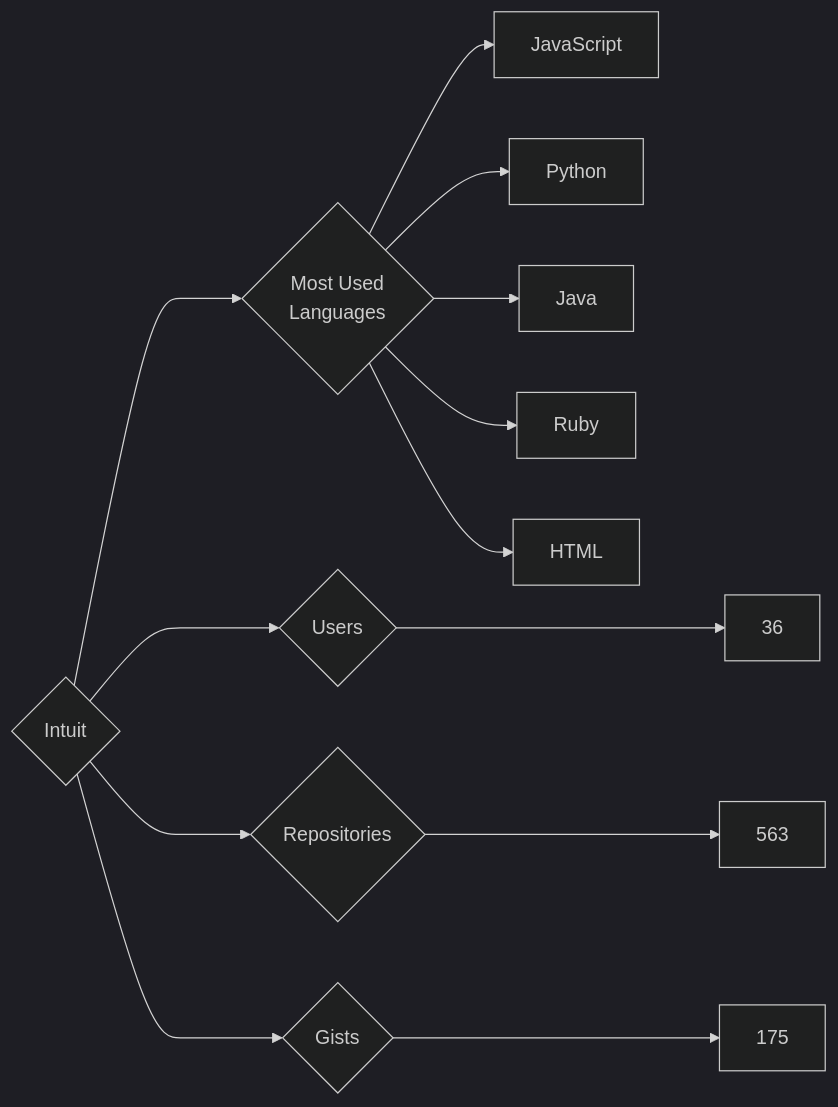
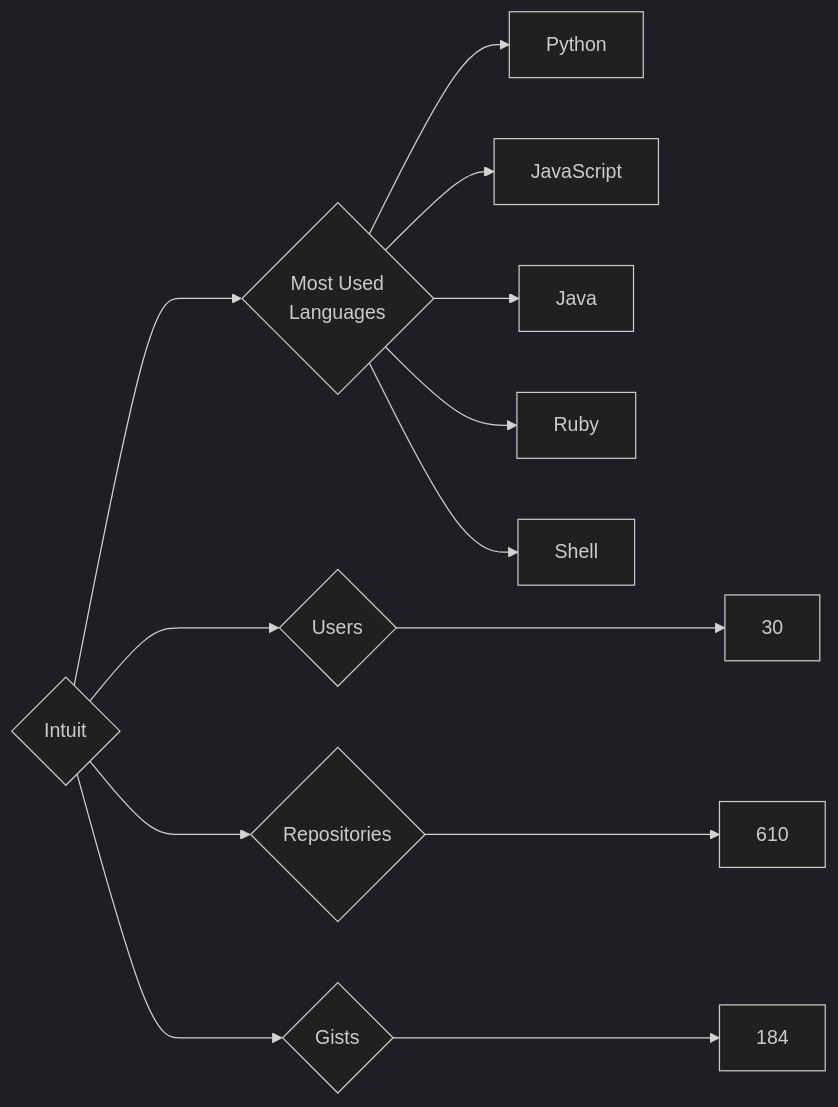
The diagram in targets/Intuit/README.md (trickest/insiders), drawn with Mermaid (dark theme) before and after one commit. The commit also changed 823 other files, not shown here.

````diff
--- a/targets/Intuit/README.md
+++ b/targets/Intuit/README.md
@@ -3,13 +3,13 @@
 ```mermaid
 graph LR
 COMPANY_NAME{Intuit}
-COMPANY_NAME ---> U{Users} ---> UN[36]
-COMPANY_NAME ---> R{Repositories} ---> RN[563]
-COMPANY_NAME ---> G{Gists} ---> GN[175]
+COMPANY_NAME ---> U{Users} ---> UN[30]
+COMPANY_NAME ---> R{Repositories} ---> RN[610]
+COMPANY_NAME ---> G{Gists} ---> GN[184]
 COMPANY_NAME ---> ML{Most Used<br>Languages}
+ML --> Python[Python]
 ML --> JavaScript[JavaScript]
-ML --> Python[Python]
 ML --> Java[Java]
 ML --> Ruby[Ruby]
-ML --> HTML[HTML]
+ML --> Shell[Shell]
 ```
````
